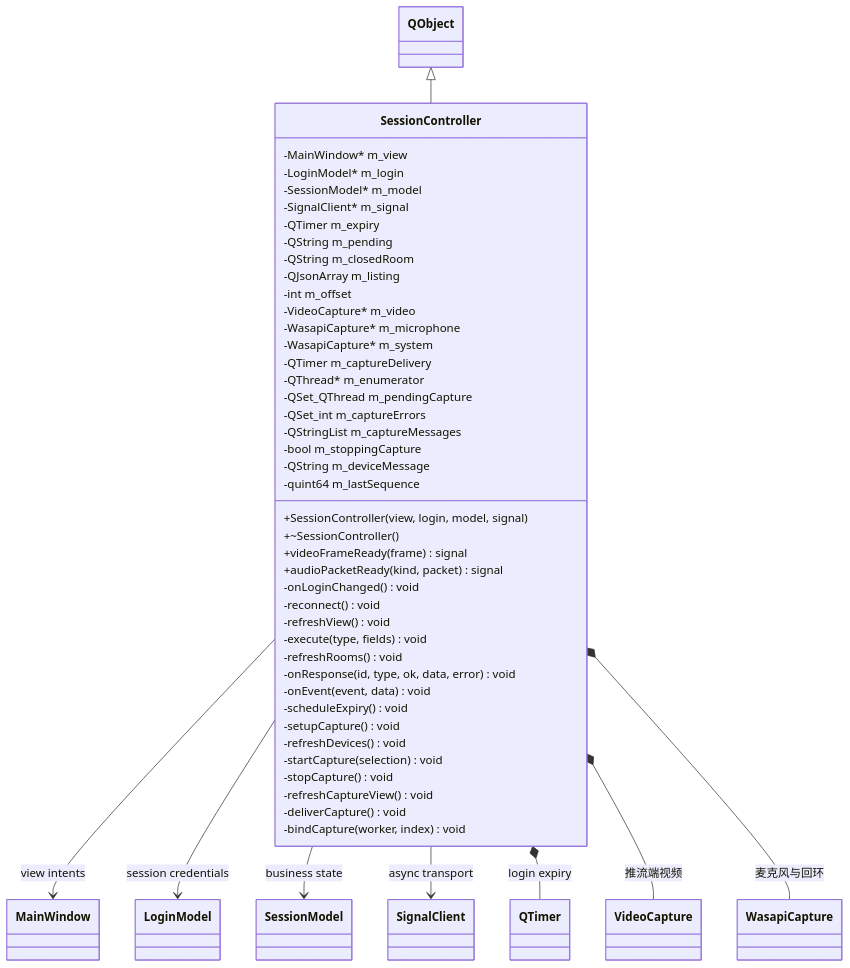
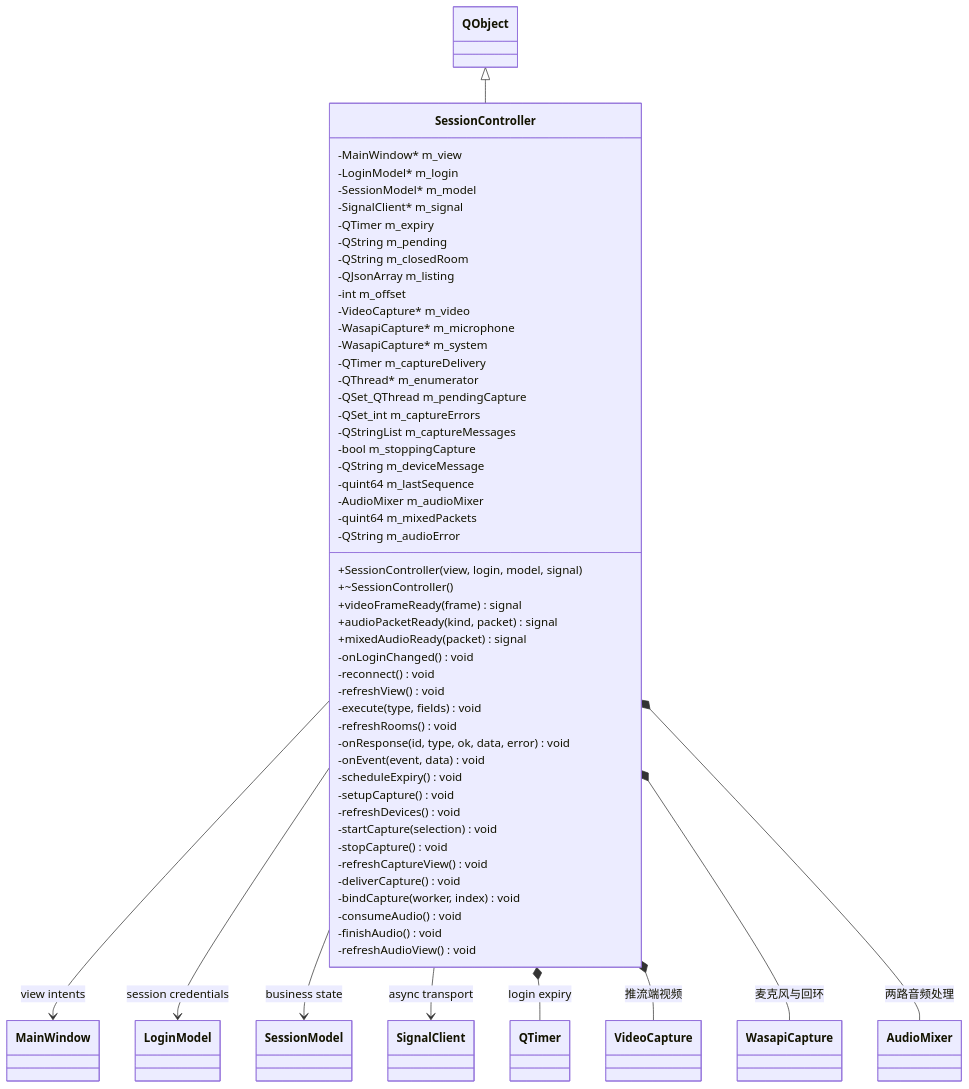
Before and after one commit to kingsman-svg/OBS: the diagram in docs/uml/SessionController.mmd, drawn with Mermaid. The commit also changed 57 other files, not shown here.

```diff
--- a/docs/uml/SessionController.mmd
+++ b/docs/uml/SessionController.mmd
@@ -1,50 +1,58 @@
 classDiagram
 class SessionController {
   -MainWindow* m_view
   -LoginModel* m_login
   -SessionModel* m_model
   -SignalClient* m_signal
   -QTimer m_expiry
   -QString m_pending
   -QString m_closedRoom
   -QJsonArray m_listing
   -int m_offset
   -VideoCapture* m_video
   -WasapiCapture* m_microphone
   -WasapiCapture* m_system
   -QTimer m_captureDelivery
   -QThread* m_enumerator
   -QSet_QThread m_pendingCapture
   -QSet_int m_captureErrors
   -QStringList m_captureMessages
   -bool m_stoppingCapture
   -QString m_deviceMessage
   -quint64 m_lastSequence
+  -AudioMixer m_audioMixer
+  -quint64 m_mixedPackets
+  -QString m_audioError
   +SessionController(view, login, model, signal)
   +~SessionController()
   +videoFrameReady(frame) signal
   +audioPacketReady(kind, packet) signal
+  +mixedAudioReady(packet) signal
   -onLoginChanged() void
   -reconnect() void
   -refreshView() void
   -execute(type, fields) void
   -refreshRooms() void
   -onResponse(id, type, ok, data, error) void
   -onEvent(event, data) void
   -scheduleExpiry() void
   -setupCapture() void
   -refreshDevices() void
   -startCapture(selection) void
   -stopCapture() void
   -refreshCaptureView() void
   -deliverCapture() void
   -bindCapture(worker, index) void
+  -consumeAudio() void
+  -finishAudio() void
+  -refreshAudioView() void
 }
 QObject <|-- SessionController
 SessionController --> MainWindow : view intents
 SessionController --> LoginModel : session credentials
 SessionController --> SessionModel : business state
 SessionController --> SignalClient : async transport
 SessionController *-- QTimer : login expiry
 SessionController *-- VideoCapture : 推流端视频
 SessionController *-- WasapiCapture : 麦克风与回环
+SessionController *-- AudioMixer : 两路音频处理
```
